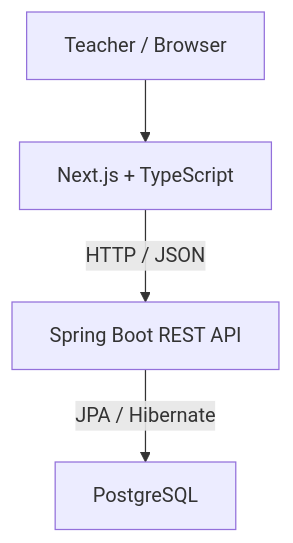
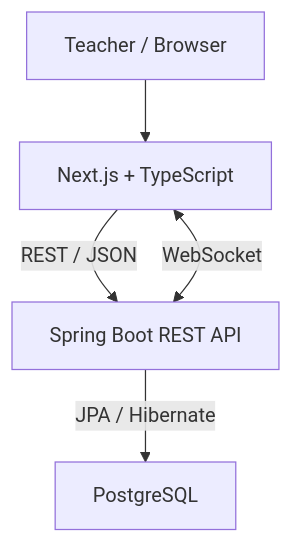
One commit to wesscosta/arena-dev changed the diagram in README.md. Above: the diagram before and after it, drawn with Mermaid. The commit also changed other lines of this file and 33 other files, not shown here.

````diff
--- a/README.md
+++ b/README.md
@@ -166,11 +166,12 @@
 ```mermaid
 flowchart TD
     U["Teacher / Browser"]
     F["Next.js + TypeScript"]
     B["Spring Boot REST API"]
     D["PostgreSQL"]
 
     U --> F
-    F -->|HTTP / JSON| B
+    F -->|REST / JSON| B
+    F <-->|WebSocket| B
     B -->|JPA / Hibernate| D
 ```
````
